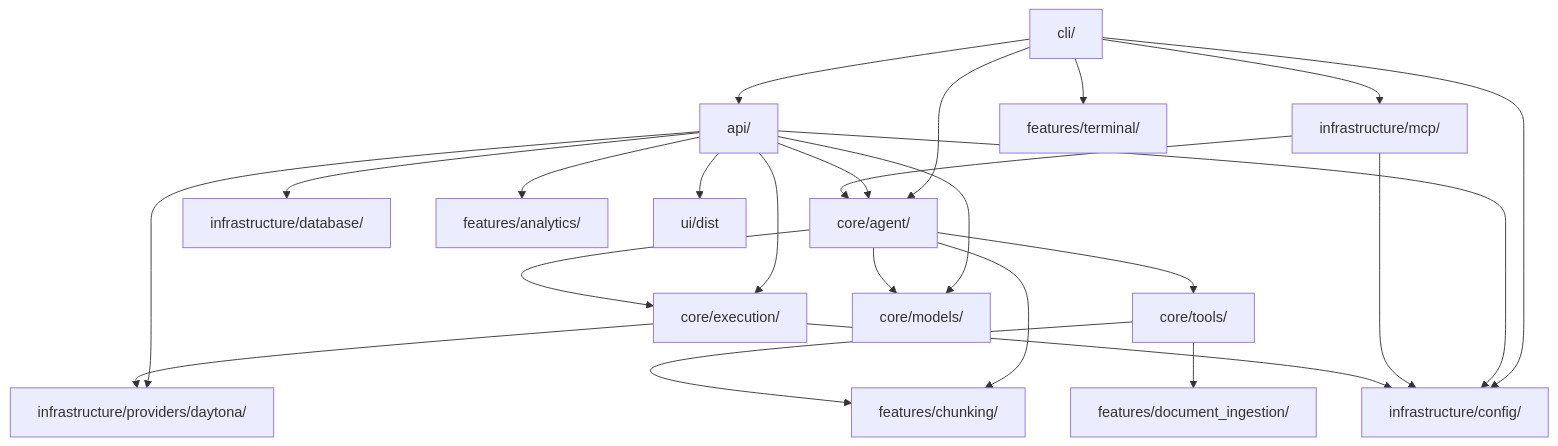
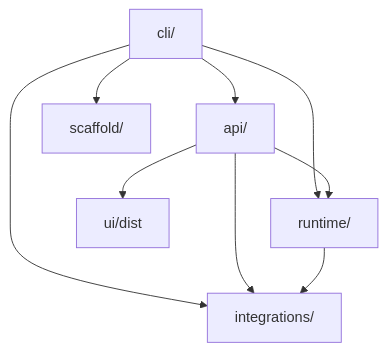
The first of 3 diagrams in docs/reference/module-map.md (Qredence/fleet-rlm), drawn with Mermaid before and after one commit. The commit also changed other lines of this file and 34 other files, not shown here.

Commit message:
docs: Refresh architecture docs for the simplified module layout

````diff
--- a/docs/reference/module-map.md
+++ b/docs/reference/module-map.md
@@ -9,46 +9,20 @@
 ```mermaid
 graph TB
     CLI["cli/"]
     API["api/"]
-    MCP["infrastructure/mcp/"]
-    CORE_AGENT["core/agent/"]
-    CORE_EXEC["core/execution/"]
-    CORE_TOOLS["core/tools/"]
-    CORE_MODELS["core/models/"]
-    DB["infrastructure/database/"]
-    CFG["infrastructure/config/"]
-    DAYTONA["infrastructure/providers/daytona/"]
-    ANALYTICS["features/analytics/"]
-    CHUNKING["features/chunking/"]
-    TERMINAL["features/terminal/"]
-    DOCS["features/document_ingestion/"]
+    RUNTIME["runtime/"]
+    INTEGRATIONS["integrations/"]
+    SCAFFOLD["scaffold/"]
     UI["ui/dist"]
 
-    CLI --> TERMINAL
     CLI --> API
-    CLI --> MCP
-    CLI --> CORE_AGENT
-    CLI --> CFG
+    CLI --> RUNTIME
+    CLI --> INTEGRATIONS
+    CLI --> SCAFFOLD
 
-    API --> CORE_AGENT
-    API --> CORE_EXEC
-    API --> CORE_MODELS
-    API --> DB
-    API --> CFG
-    API --> ANALYTICS
-    API --> DAYTONA
+    API --> RUNTIME
+    API --> INTEGRATIONS
     API --> UI
 
-    MCP --> CORE_AGENT
-    MCP --> CFG
-
-    CORE_AGENT --> CORE_TOOLS
-    CORE_AGENT --> CORE_EXEC
-    CORE_AGENT --> CORE_MODELS
-    CORE_AGENT --> CHUNKING
-
-    CORE_TOOLS --> CHUNKING
-    CORE_TOOLS --> DOCS
-    CORE_EXEC --> CFG
-    CORE_EXEC --> DAYTONA
+    RUNTIME --> INTEGRATIONS
 ```
````
